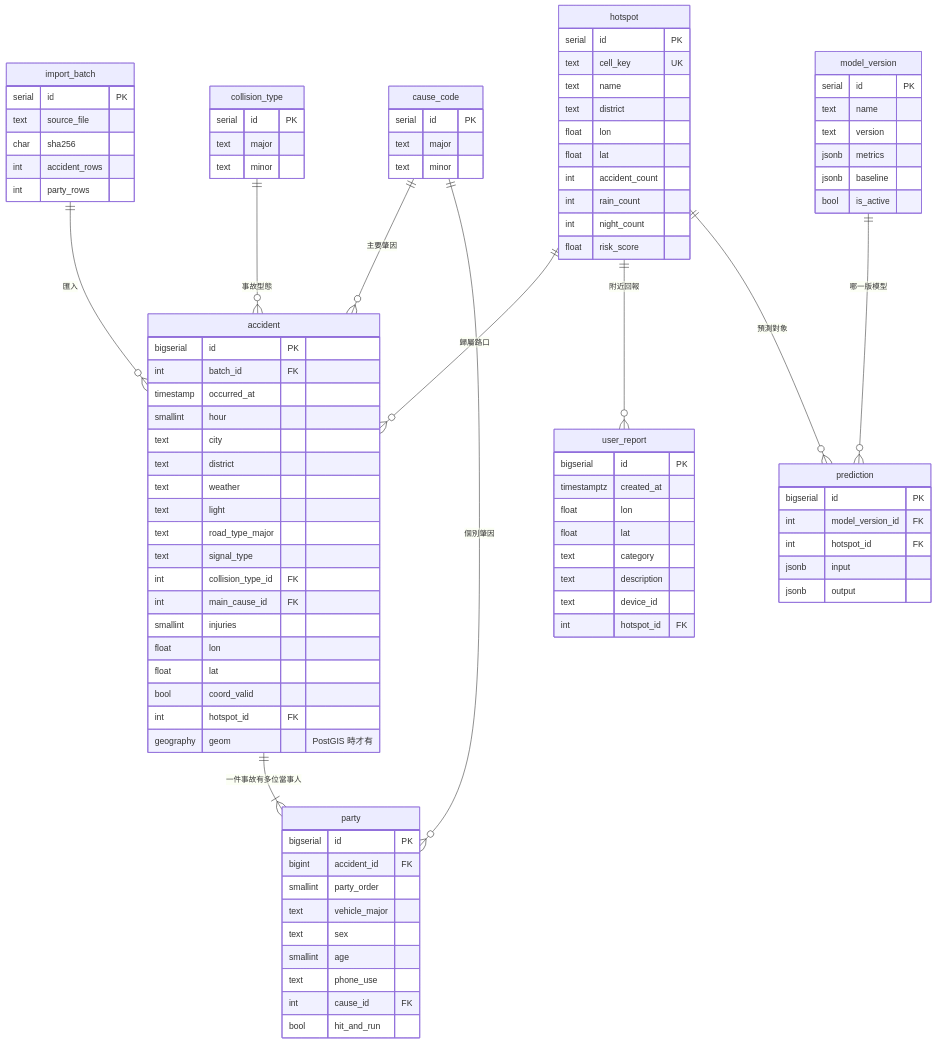
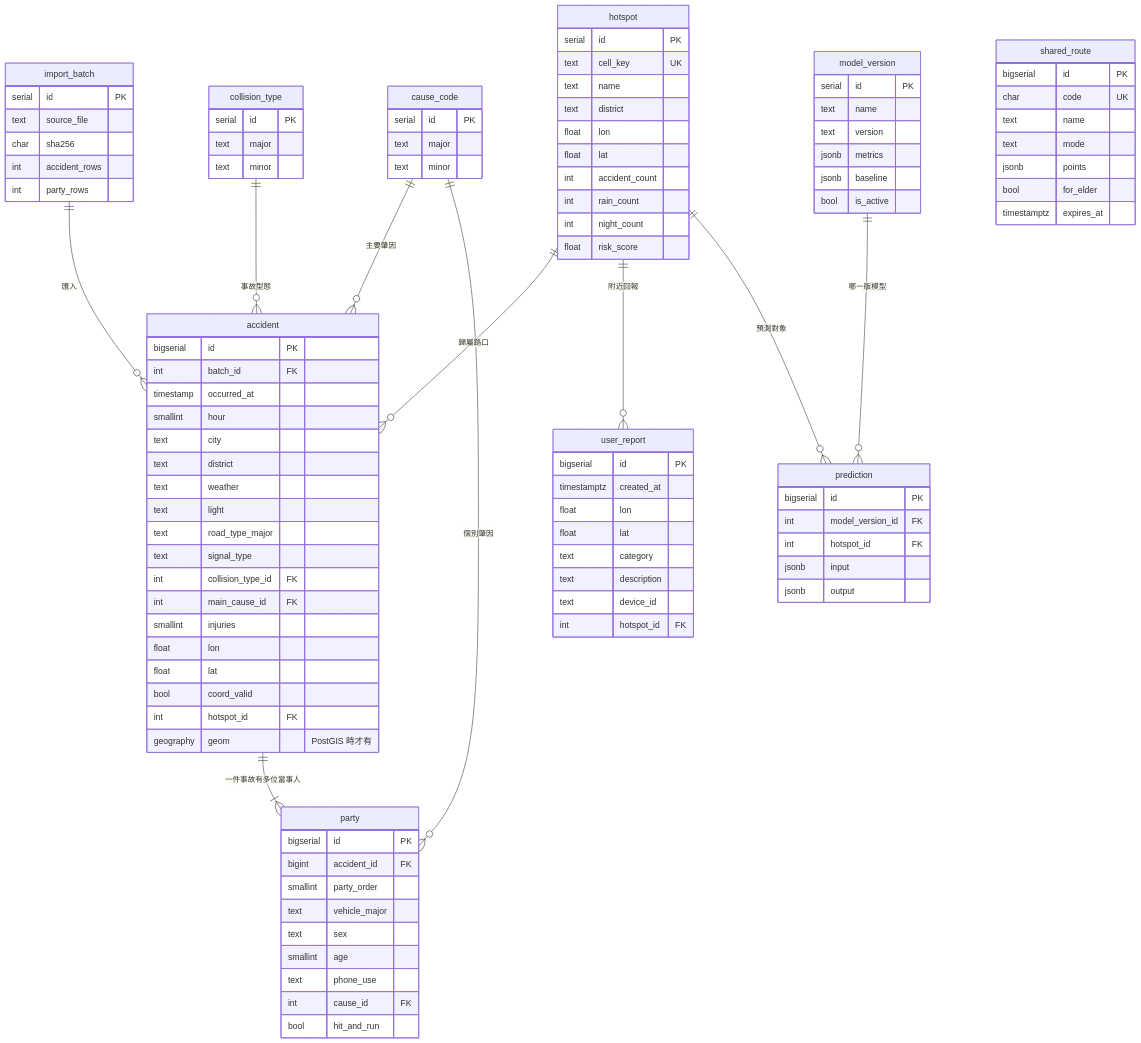
Before and after one commit to DHKGOD/traffic-safety-app: the diagram in docs/er-diagram.md, drawn with Mermaid. The commit also changed other lines of this file and 22 other files, not shown here.

Commit message:
家人模式（分享路線代碼存資料庫、常用路線、長輩模式：大字＋提早提醒＋慢速語音＋AI 預設長輩）；E2E 16 項、Java 測試 7 項；更新 ER 圖與任務

```diff
--- a/docs/er-diagram.md
+++ b/docs/er-diagram.md
@@ -14,6 +14,15 @@
     hotspot ||--o{ user_report : "附近回報"
     hotspot ||--o{ prediction : "預測對象"
     model_version ||--o{ prediction : "哪一版模型"
+    shared_route {
+        bigserial id PK
+        char code UK
+        text name
+        text mode
+        jsonb points
+        bool for_elder
+        timestamptz expires_at
+    }
 
     import_batch {
         serial id PK
```
